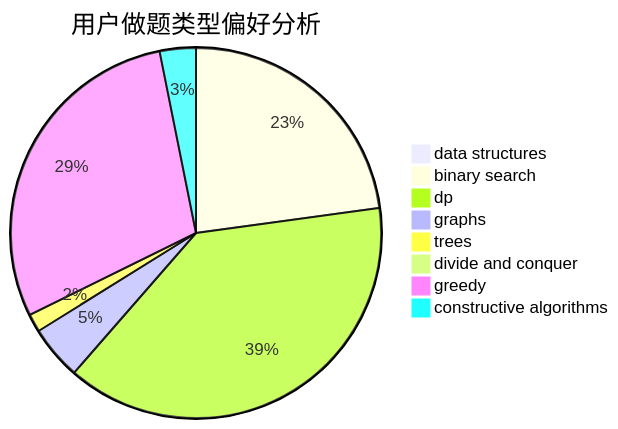
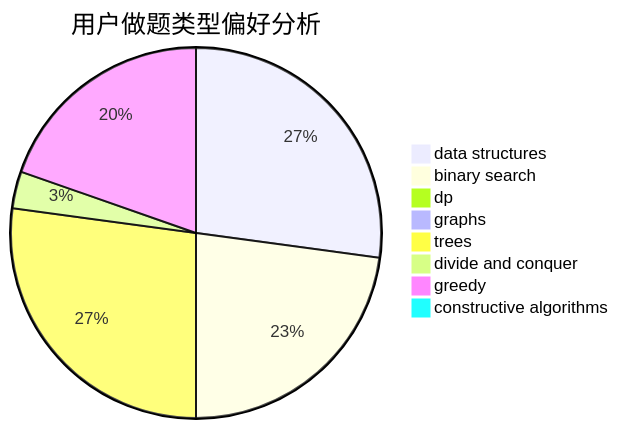
The second of 3 diagrams in docs/user/u358.md (sherpahu/cfrs.github.io), drawn with Mermaid before and after one commit. The commit also changed other lines of this file and 2770 other files, not shown here.

````diff
--- a/docs/user/u358.md
+++ b/docs/user/u358.md
@@ -23,11 +23,11 @@
 ```mermaid
 pie title 用户做题类型偏好分析
-    "data structures" :  0
-    "binary search" :  29
-    "dp" :  49
-    "graphs" :  6
-    "trees" :  2
-    "divide and conquer" :  0
-    "greedy" :  37
-    "constructive algorithms" :  4
+    "data structures" :  76
+    "binary search" :  64
+    "dp" :  2
+    "graphs" :  0
+    "trees" :  76
+    "divide and conquer" :  9
+    "greedy" :  55
+    "constructive algorithms" :  0
 ```
````
